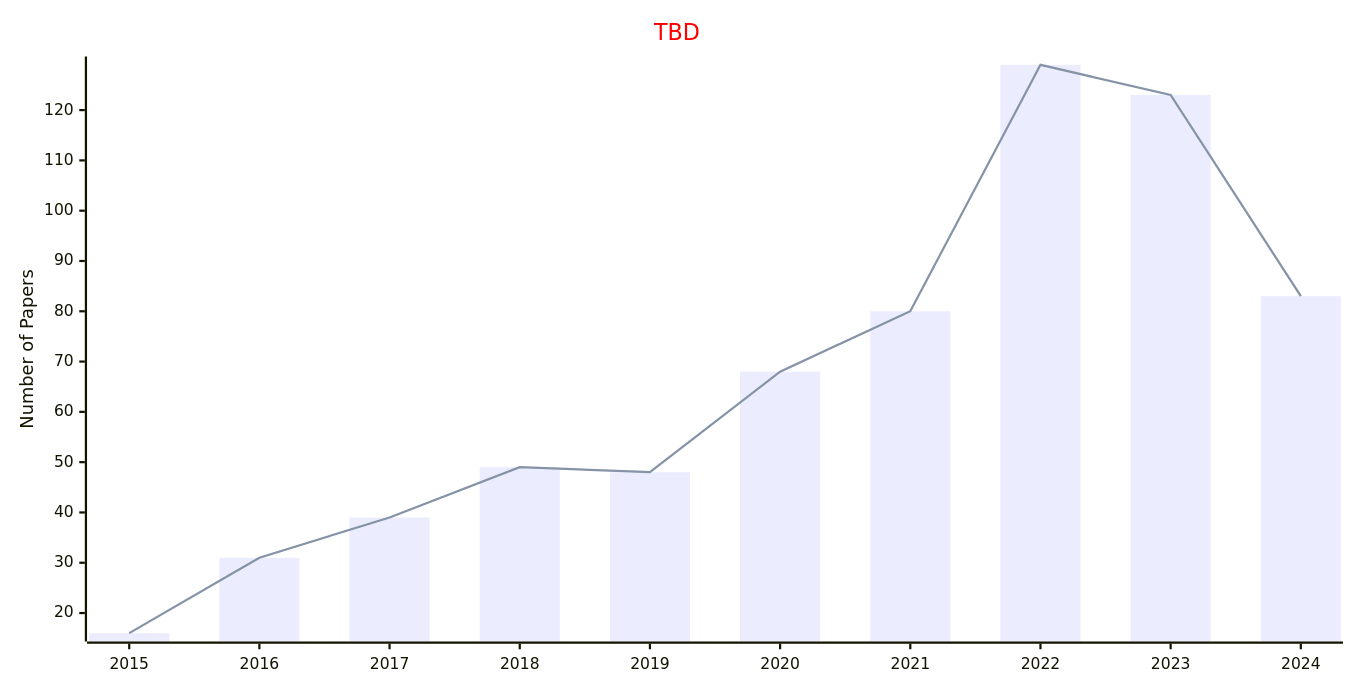
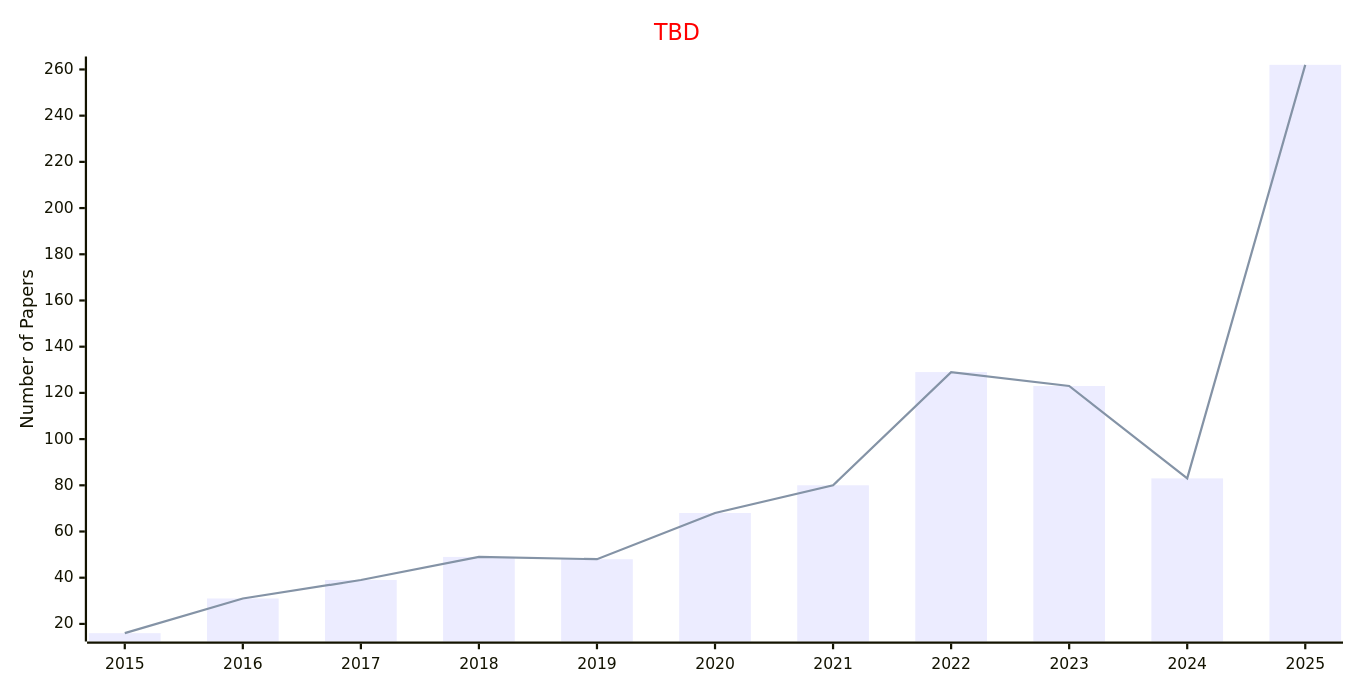
One commit to Easy-PhD/AILinks changed the third of 8 diagrams in docs/data/Journals/Statistics_Journals/Data_Mining.md. Above: the diagram before and after it, drawn with Mermaid. The commit also changed other lines of this file and 107 other files, not shown here.

````diff
--- a/docs/data/Journals/Statistics_Journals/Data_Mining.md
+++ b/docs/data/Journals/Statistics_Journals/Data_Mining.md
@@ -57,17 +57,17 @@
 ```mermaid
 ---
 config:
     xyChart:
         width: 1200
         height: 600
     themeVariables:
         xyChart:
             titleColor: "#ff0000"
 ---
 xychart-beta
     title "TBD"
-    x-axis [2015, 2016, 2017, 2018, 2019, 2020, 2021, 2022, 2023, 2024]
+    x-axis [2015, 2016, 2017, 2018, 2019, 2020, 2021, 2022, 2023, 2024, 2025]
     y-axis "Number of Papers"
-    bar [16, 31, 39, 49, 48, 68, 80, 129, 123, 83]
-    line [16, 31, 39, 49, 48, 68, 80, 129, 123, 83]
+    bar [16, 31, 39, 49, 48, 68, 80, 129, 123, 83, 262]
+    line [16, 31, 39, 49, 48, 68, 80, 129, 123, 83, 262]
 ```
````
